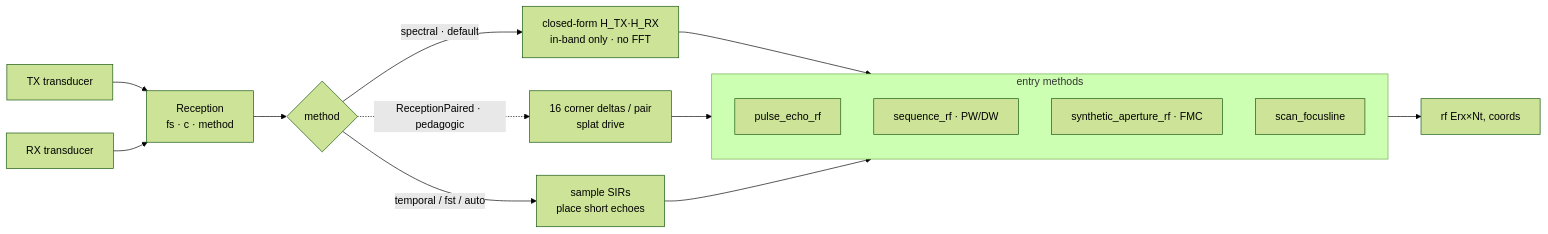
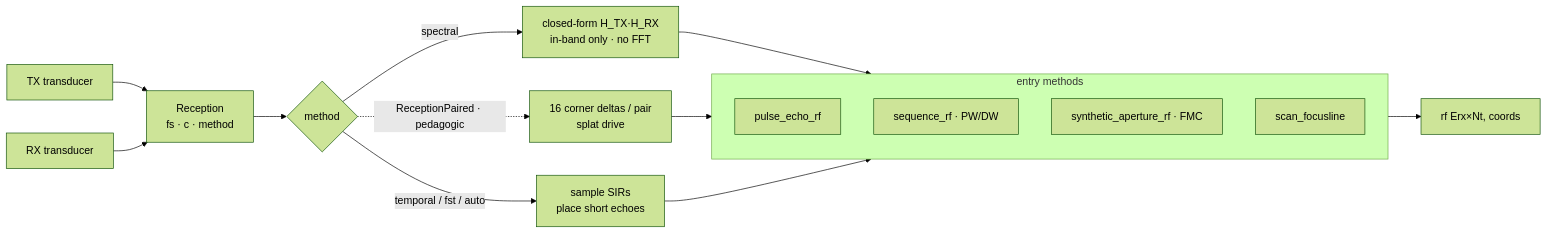
One commit to EstebanRivera08/eSDIva changed the diagram in docs/user-guide/reception.md. Above: the diagram before and after it, drawn with Mermaid (forest theme). The commit also changed other lines of this file and 11 other files, not shown here.

````diff
--- a/docs/user-guide/reception.md
+++ b/docs/user-guide/reception.md
@@ -41,19 +44,19 @@
 ```mermaid
 flowchart LR
     TX[TX transducer] --> R[Reception<br/>fs · c · method]
     RX[RX transducer] --> R
     R --> M{method}
-    M -->|spectral · default| SP["closed-form H_TX·H_RX<br/>in-band only · no FFT"]
+    M -->|spectral| SP["closed-form H_TX·H_RX<br/>in-band only · no FFT"]
     M -.->|ReceptionPaired · pedagogic| PA[16 corner deltas / pair<br/>splat drive]
     M -->|temporal / fst / auto| CV[sample SIRs<br/>place short echoes]
     SP --> API
     PA --> API
     CV --> API
     subgraph API[entry methods]
       P1[pulse_echo_rf]
       P2[sequence_rf · PW/DW]
       P3[synthetic_aperture_rf · FMC]
       P4[scan_focusline]
     end
     API --> RF[rf Erx×Nt, coords]
 ```
````
